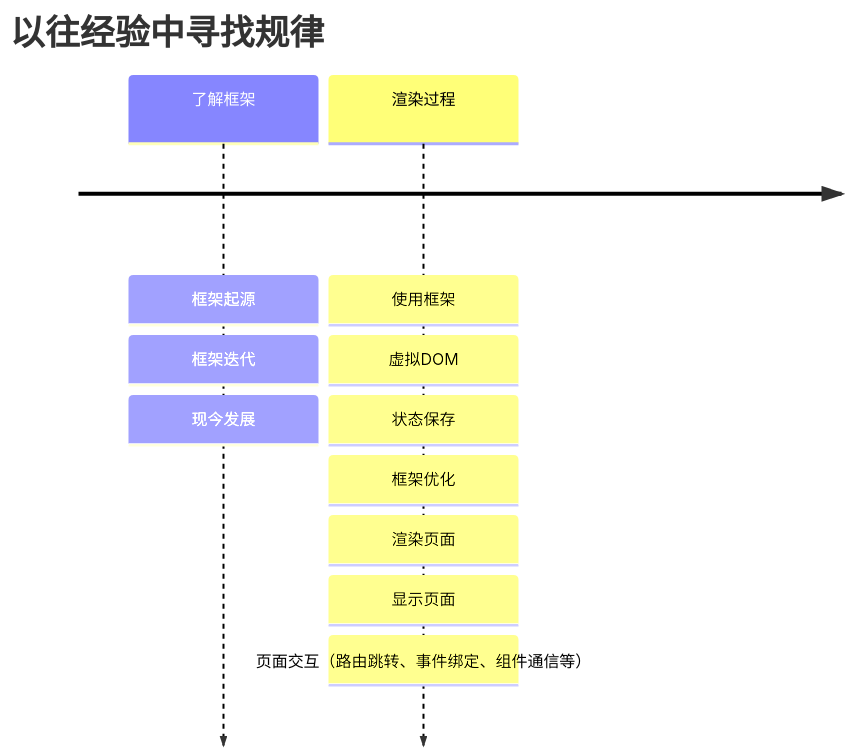
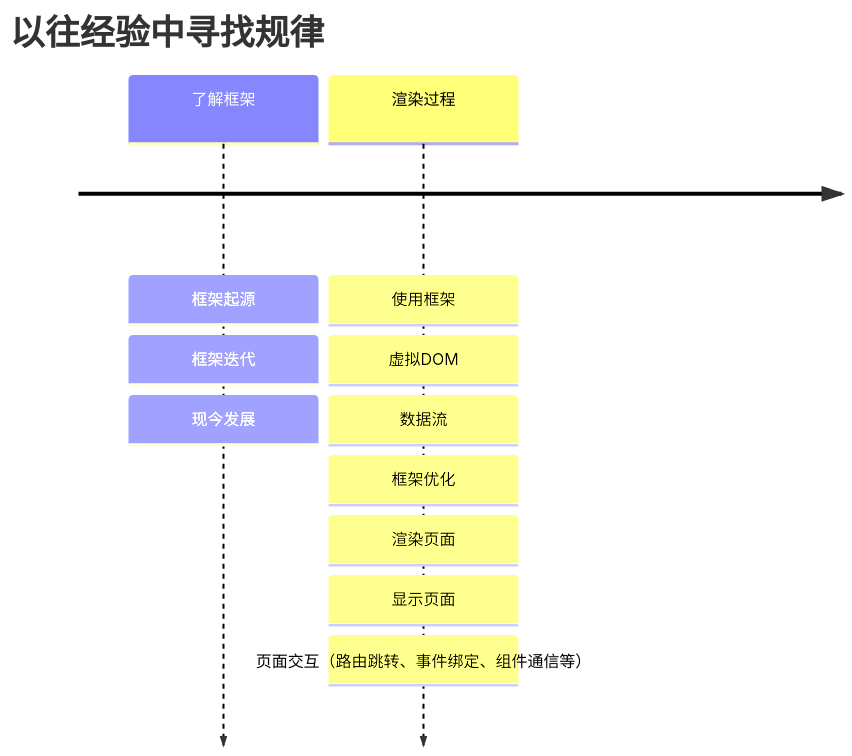
One commit to liquidGo/Basic_Konwledge_Extension changed the second of 6 diagrams in 09_REACT/[⭐⭐⭐⭐⭐]-REACT基础.md. Above: the diagram before and after it, drawn with Mermaid. The commit also changed other lines of this file and 1 other file, not shown here.

````diff
--- a/09_REACT/[⭐⭐⭐⭐⭐]-REACT基础.md
+++ b/09_REACT/[⭐⭐⭐⭐⭐]-REACT基础.md
@@ -27,6 +27,6 @@
 ```mermaid
 timeline
     title 以往经验中寻找规律
     了解框架 : 框架起源 : 框架迭代 : 现今发展
-    渲染过程 : 使用框架 : 虚拟DOM : 状态保存: 框架优化 : 渲染页面 : 显示页面 : 页面交互（路由跳转、事件绑定、组件通信等）
+    渲染过程 : 使用框架 : 虚拟DOM : 数据流: 框架优化 : 渲染页面 : 显示页面 : 页面交互（路由跳转、事件绑定、组件通信等）
 ```
````
